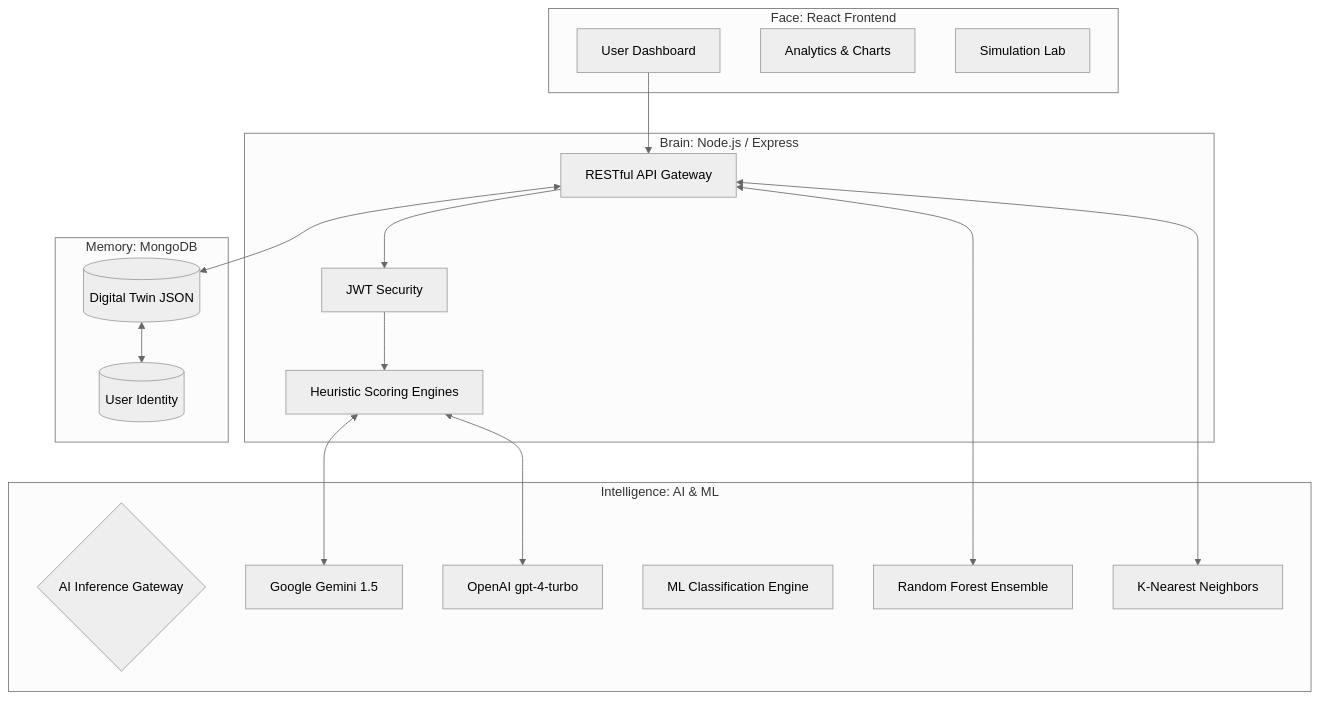
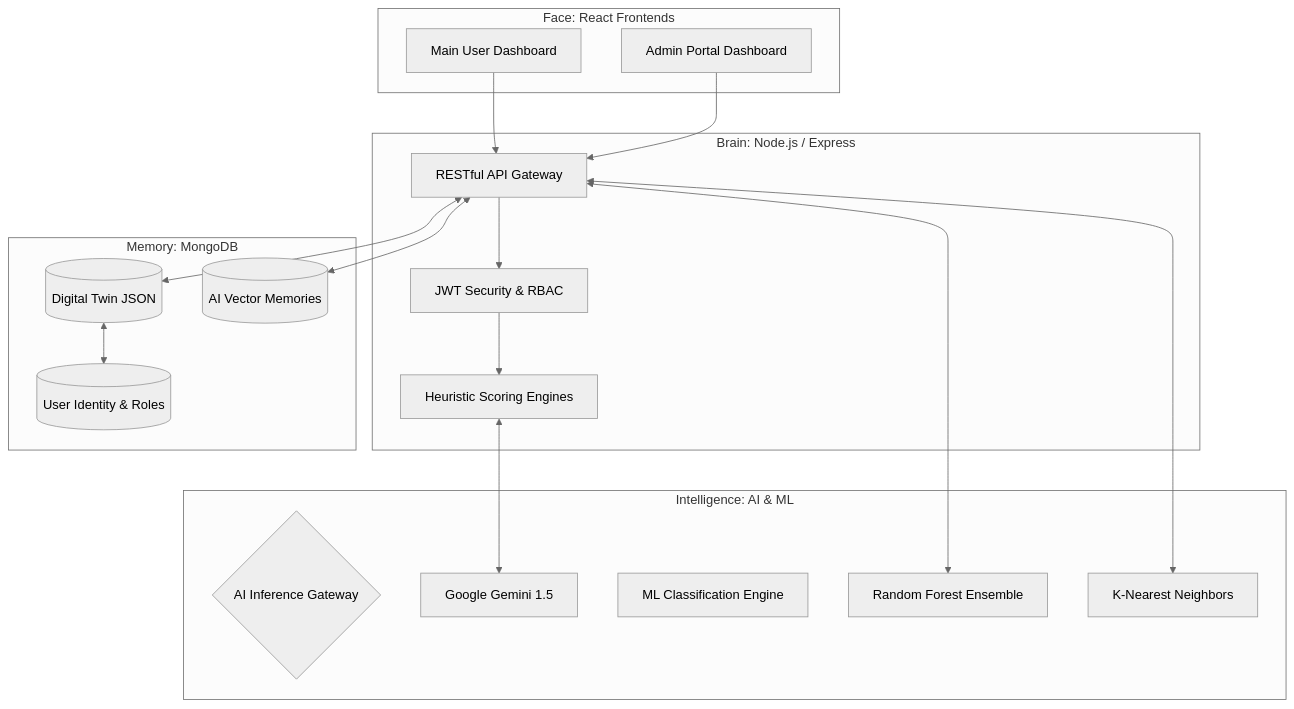
One commit to Deepukumar12/AI-Digital-Twin changed the diagram in README.md. Above: the diagram before and after it, drawn with Mermaid (neutral theme). The commit also changed other lines of this file and 40 other files, not shown here.

First line of the commit message:
feat: Implement standalone Admin Portal with dynamic data management

````diff
--- a/README.md
+++ b/README.md
@@ -49,40 +55,40 @@
 ```mermaid
 graph TD
-    subgraph Client_Layer [Face: React Frontend]
-        UI[User Dashboard]
-        Charts[Analytics & Charts]
-        SimLab[Simulation Lab]
+    subgraph Client_Layer [Face: React Frontends]
+        UI[Main User Dashboard]
+        Admin[Admin Portal Dashboard]
     end
 
     subgraph Logic_Layer [Brain: Node.js / Express]
         API[RESTful API Gateway]
-        Auth[JWT Security]
+        Auth[JWT Security & RBAC]
         Heuristics[Heuristic Scoring Engines]
     end
 
     subgraph Intel_Layer [Intelligence: AI & ML]
         AGW{AI Inference Gateway}
         Gemini[Google Gemini 1.5]
-        OpenAI[OpenAI gpt-4-turbo]
         
         MLE[ML Classification Engine]
         RF[Random Forest Ensemble]
         KNN[K-Nearest Neighbors]
     end
 
     subgraph Data_Layer [Memory: MongoDB]
-        Users[(User Identity)]
+        Users[(User Identity & Roles)]
         Twins[(Digital Twin JSON)]
+        Memories[(AI Vector Memories)]
     end
 
     %% Data Flow
     UI --> API
+    Admin --> API
     API --> Auth
     Auth --> Heuristics
     Heuristics <--> Gemini
-    Heuristics <--> OpenAI
     API <--> RF
     API <--> KNN
     API <--> Twins
+    API <--> Memories
     Twins <--> Users
 ```
````
